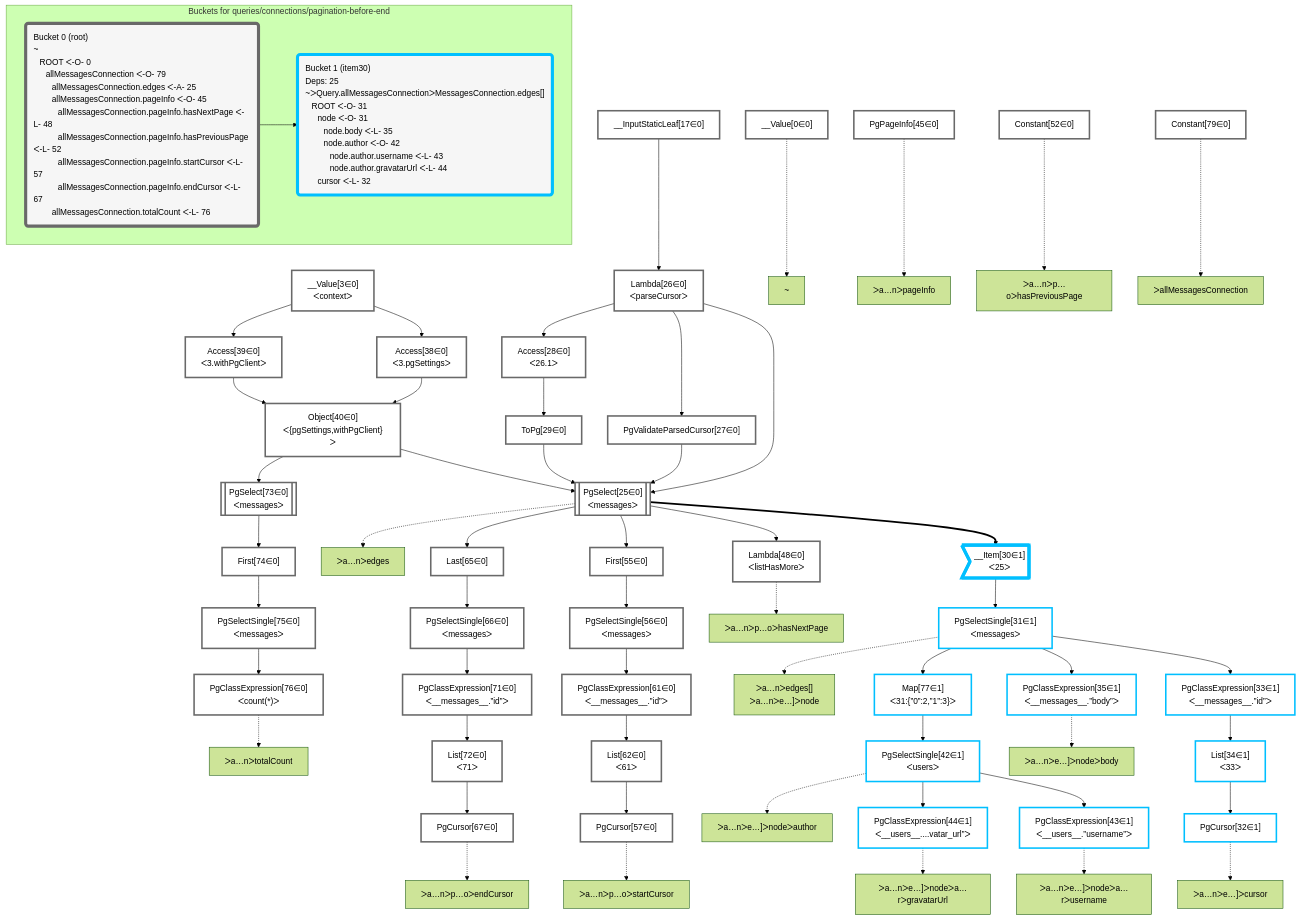
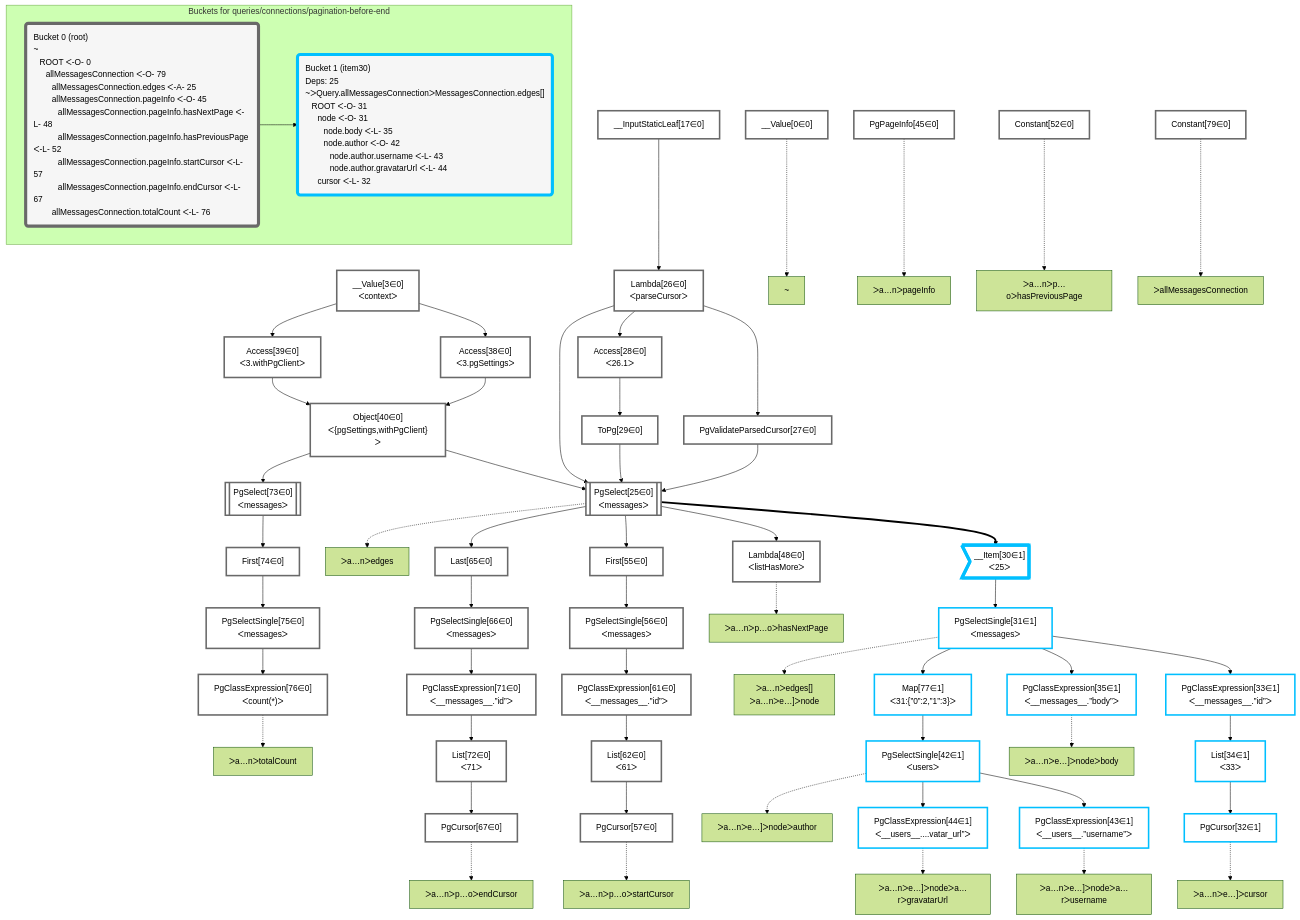
Before and after one commit to graphile/crystal: the diagram in packages/dataplan-pg/__tests__/queries/connections/pagination-before-end.mermaid.md, drawn with Mermaid (forest theme). The commit also changed other lines of this file and 195 other files, not shown here.

Commit message:
Reorder graphs

```diff
--- a/packages/dataplan-pg/__tests__/queries/connections/pagination-before-end.mermaid.md
+++ b/packages/dataplan-pg/__tests__/queries/connections/pagination-before-end.mermaid.md
@@ -9,79 +9,79 @@
 
     %% define plans
     __Value0["__Value[0∈0]"]:::plan
+    __Value3["__Value[3∈0]<br />ᐸcontextᐳ"]:::plan
+    __InputStaticLeaf17["__InputStaticLeaf[17∈0]"]:::plan
+    Access38["Access[38∈0]<br />ᐸ3.pgSettingsᐳ"]:::plan
+    Access39["Access[39∈0]<br />ᐸ3.withPgClientᐳ"]:::plan
+    Object40["Object[40∈0]<br />ᐸ{pgSettings,withPgClient}ᐳ"]:::plan
+    Constant79["Constant[79∈0]"]:::plan
+    Lambda26["Lambda[26∈0]<br />ᐸparseCursorᐳ"]:::plan
+    PgValidateParsedCursor27["PgValidateParsedCursor[27∈0]"]:::plan
+    Access28["Access[28∈0]<br />ᐸ26.1ᐳ"]:::plan
+    ToPg29["ToPg[29∈0]"]:::plan
+    PgSelect25[["PgSelect[25∈0]<br />ᐸmessagesᐳ"]]:::plan
+    __Item30>"__Item[30∈1]<br />ᐸ25ᐳ"]:::itemplan
+    PgSelectSingle31["PgSelectSingle[31∈1]<br />ᐸmessagesᐳ"]:::plan
+    PgClassExpression33["PgClassExpression[33∈1]<br />ᐸ__messages__.”id”ᐳ"]:::plan
+    List34["List[34∈1]<br />ᐸ33ᐳ"]:::plan
     PgCursor32["PgCursor[32∈1]"]:::plan
-    List34["List[34∈1]<br />ᐸ33ᐳ"]:::plan
-    PgClassExpression33["PgClassExpression[33∈1]<br />ᐸ__messages__.”id”ᐳ"]:::plan
     PgClassExpression35["PgClassExpression[35∈1]<br />ᐸ__messages__.”body”ᐳ"]:::plan
+    Map77["Map[77∈1]<br />ᐸ31:{”0”:2,”1”:3}ᐳ"]:::plan
+    PgSelectSingle42["PgSelectSingle[42∈1]<br />ᐸusersᐳ"]:::plan
     PgClassExpression43["PgClassExpression[43∈1]<br />ᐸ__users__.”username”ᐳ"]:::plan
     PgClassExpression44["PgClassExpression[44∈1]<br />ᐸ__users__....vatar_url”ᐳ"]:::plan
-    PgSelectSingle42["PgSelectSingle[42∈1]<br />ᐸusersᐳ"]:::plan
-    Map77["Map[77∈1]<br />ᐸ31:{”0”:2,”1”:3}ᐳ"]:::plan
-    PgSelectSingle31["PgSelectSingle[31∈1]<br />ᐸmessagesᐳ"]:::plan
-    __Item30>"__Item[30∈1]<br />ᐸ25ᐳ"]:::itemplan
+    PgPageInfo45["PgPageInfo[45∈0]"]:::plan
     Lambda48["Lambda[48∈0]<br />ᐸlistHasMoreᐳ"]:::plan
+    Constant52["Constant[52∈0]"]:::plan
+    First55["First[55∈0]"]:::plan
+    PgSelectSingle56["PgSelectSingle[56∈0]<br />ᐸmessagesᐳ"]:::plan
+    PgClassExpression61["PgClassExpression[61∈0]<br />ᐸ__messages__.”id”ᐳ"]:::plan
+    List62["List[62∈0]<br />ᐸ61ᐳ"]:::plan
     PgCursor57["PgCursor[57∈0]"]:::plan
-    List62["List[62∈0]<br />ᐸ61ᐳ"]:::plan
-    PgClassExpression61["PgClassExpression[61∈0]<br />ᐸ__messages__.”id”ᐳ"]:::plan
-    PgSelectSingle56["PgSelectSingle[56∈0]<br />ᐸmessagesᐳ"]:::plan
-    First55["First[55∈0]"]:::plan
+    Last65["Last[65∈0]"]:::plan
+    PgSelectSingle66["PgSelectSingle[66∈0]<br />ᐸmessagesᐳ"]:::plan
+    PgClassExpression71["PgClassExpression[71∈0]<br />ᐸ__messages__.”id”ᐳ"]:::plan
+    List72["List[72∈0]<br />ᐸ71ᐳ"]:::plan
     PgCursor67["PgCursor[67∈0]"]:::plan
-    List72["List[72∈0]<br />ᐸ71ᐳ"]:::plan
-    PgClassExpression71["PgClassExpression[71∈0]<br />ᐸ__messages__.”id”ᐳ"]:::plan
-    PgSelectSingle66["PgSelectSingle[66∈0]<br />ᐸmessagesᐳ"]:::plan
-    Last65["Last[65∈0]"]:::plan
-    PgSelect25[["PgSelect[25∈0]<br />ᐸmessagesᐳ"]]:::plan
+    PgSelect73[["PgSelect[73∈0]<br />ᐸmessagesᐳ"]]:::plan
+    First74["First[74∈0]"]:::plan
+    PgSelectSingle75["PgSelectSingle[75∈0]<br />ᐸmessagesᐳ"]:::plan
     PgClassExpression76["PgClassExpression[76∈0]<br />ᐸcount(*)ᐳ"]:::plan
-    PgSelectSingle75["PgSelectSingle[75∈0]<br />ᐸmessagesᐳ"]:::plan
-    First74["First[74∈0]"]:::plan
-    PgSelect73[["PgSelect[73∈0]<br />ᐸmessagesᐳ"]]:::plan
-    Object40["Object[40∈0]<br />ᐸ{pgSettings,withPgClient}ᐳ"]:::plan
-    Access38["Access[38∈0]<br />ᐸ3.pgSettingsᐳ"]:::plan
-    Access39["Access[39∈0]<br />ᐸ3.withPgClientᐳ"]:::plan
-    __Value3["__Value[3∈0]<br />ᐸcontextᐳ"]:::plan
-    PgValidateParsedCursor27["PgValidateParsedCursor[27∈0]"]:::plan
-    ToPg29["ToPg[29∈0]"]:::plan
-    Access28["Access[28∈0]<br />ᐸ26.1ᐳ"]:::plan
-    Lambda26["Lambda[26∈0]<br />ᐸparseCursorᐳ"]:::plan
-    __InputStaticLeaf17["__InputStaticLeaf[17∈0]"]:::plan
-    Constant79["Constant[79∈0]"]:::plan
-    PgPageInfo45["PgPageInfo[45∈0]"]:::plan
-    Constant52["Constant[52∈0]"]:::plan
 
     %% plan dependencies
+    __Value3 --> Access38
+    __Value3 --> Access39
+    Access38 & Access39 --> Object40
+    __InputStaticLeaf17 --> Lambda26
+    Lambda26 --> PgValidateParsedCursor27
+    Lambda26 --> Access28
+    Access28 --> ToPg29
+    Object40 & Lambda26 & PgValidateParsedCursor27 & ToPg29 --> PgSelect25
+    PgSelect25 ==> __Item30
+    __Item30 --> PgSelectSingle31
+    PgSelectSingle31 --> PgClassExpression33
+    PgClassExpression33 --> List34
     List34 --> PgCursor32
-    PgClassExpression33 --> List34
-    PgSelectSingle31 --> PgClassExpression33
     PgSelectSingle31 --> PgClassExpression35
+    PgSelectSingle31 --> Map77
+    Map77 --> PgSelectSingle42
     PgSelectSingle42 --> PgClassExpression43
     PgSelectSingle42 --> PgClassExpression44
-    Map77 --> PgSelectSingle42
-    PgSelectSingle31 --> Map77
-    __Item30 --> PgSelectSingle31
-    PgSelect25 ==> __Item30
     PgSelect25 --> Lambda48
+    PgSelect25 --> First55
+    First55 --> PgSelectSingle56
+    PgSelectSingle56 --> PgClassExpression61
+    PgClassExpression61 --> List62
     List62 --> PgCursor57
-    PgClassExpression61 --> List62
-    PgSelectSingle56 --> PgClassExpression61
-    First55 --> PgSelectSingle56
-    PgSelect25 --> First55
+    PgSelect25 --> Last65
+    Last65 --> PgSelectSingle66
+    PgSelectSingle66 --> PgClassExpression71
+    PgClassExpression71 --> List72
     List72 --> PgCursor67
-    PgClassExpression71 --> List72
-    PgSelectSingle66 --> PgClassExpression71
-    Last65 --> PgSelectSingle66
-    PgSelect25 --> Last65
-    Object40 & Lambda26 & PgValidateParsedCursor27 & ToPg29 --> PgSelect25
+    Object40 --> PgSelect73
+    PgSelect73 --> First74
+    First74 --> PgSelectSingle75
     PgSelectSingle75 --> PgClassExpression76
-    First74 --> PgSelectSingle75
-    PgSelect73 --> First74
-    Object40 --> PgSelect73
-    Access38 & Access39 --> Object40
-    __Value3 --> Access38
-    __Value3 --> Access39
-    Lambda26 --> PgValidateParsedCursor27
-    Access28 --> ToPg29
-    Lambda26 --> Access28
-    __InputStaticLeaf17 --> Lambda26
 
     %% plan-to-path relationships
     P0["~"]
```
